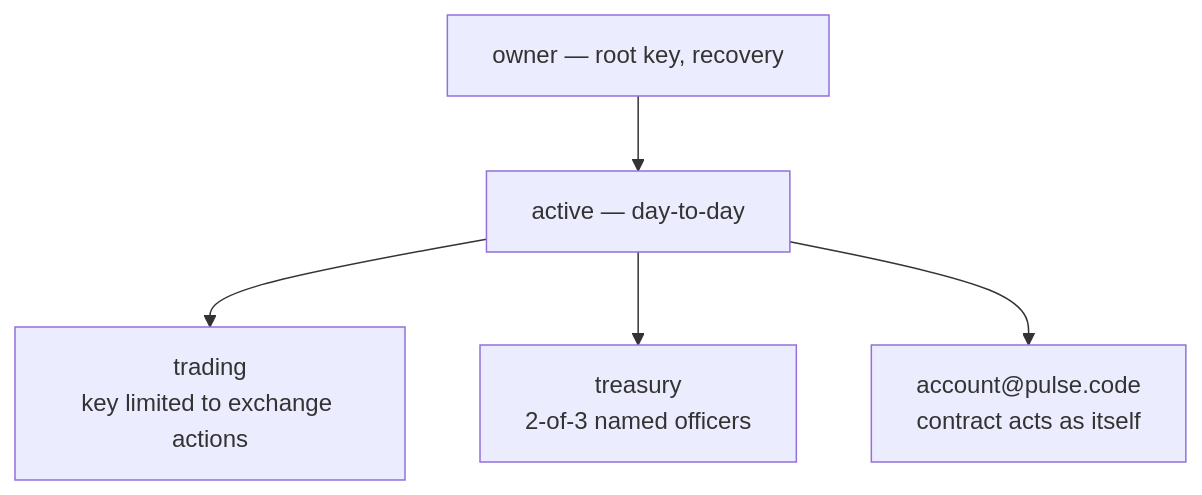
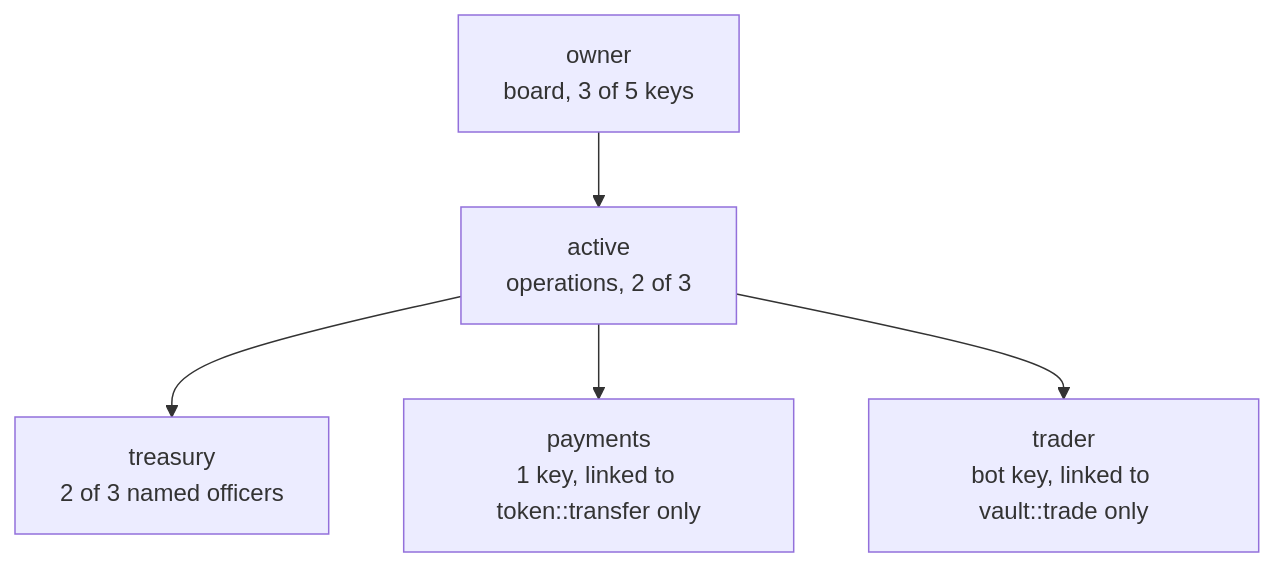
Before and after one commit to paulgnz/pulsevm-docs: the diagram in docs/guide/accounts-permissions.md, drawn with Mermaid. The commit also changed other lines of this file and 42 other files, not shown here.

````diff
--- a/docs/guide/accounts-permissions.md
+++ b/docs/guide/accounts-permissions.md
@@ -21,7 +19,7 @@
 ```mermaid
 flowchart TD
-  owner["owner — root key, recovery"] --> active["active — day-to-day"]
-  active --> trading["trading<br/>key limited to exchange actions"]
-  active --> treasury["treasury<br/>2-of-3 named officers"]
-  active --> code["account@pulse.code<br/>contract acts as itself"]
+  owner["owner<br/>board, 3 of 5 keys"] --> active["active<br/>operations, 2 of 3"]
+  active --> treasury["treasury<br/>2 of 3 named officers"]
+  active --> payments["payments<br/>1 key, linked to token::transfer only"]
+  active --> trader["trader<br/>bot key, linked to vault::trade only"]
 ```
````
